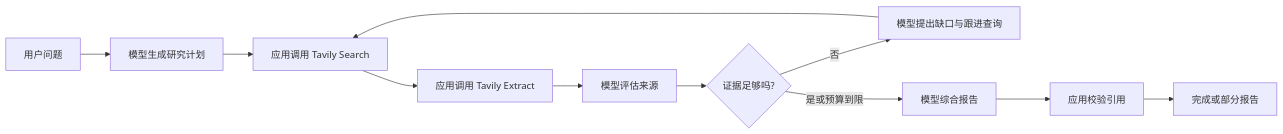
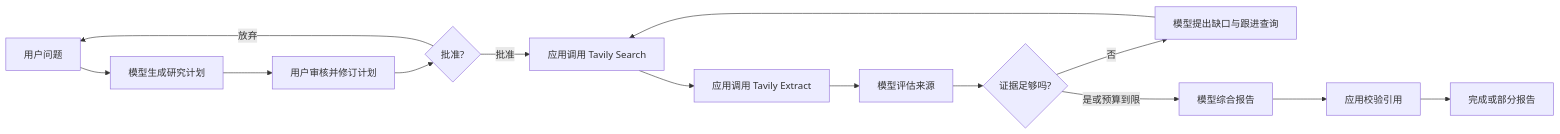
The diagram in README.md (nightsu/research-agent-demo), drawn with Mermaid before and after one commit. The commit also changed other lines of this file and 23 other files, not shown here.

````diff
--- a/README.md
+++ b/README.md
@@ -77,13 +77,16 @@
 ```mermaid
 flowchart LR
     Q[用户问题] --> P[模型生成研究计划]
-    P --> S[应用调用 Tavily Search]
+    P --> H[用户审核并修订计划]
+    H --> A{批准?}
+    A -- 放弃 --> Q
+    A -- 批准 --> S[应用调用 Tavily Search]
     S --> X[应用调用 Tavily Extract]
     X --> E[模型评估来源]
     E --> G{"证据足够吗?"}
     G -- 否 --> F[模型提出缺口与跟进查询]
     F --> S
     G -- 是或预算到限 --> Y[模型综合报告]
     Y --> C[应用校验引用]
     C --> R[完成或部分报告]
 ```
````
